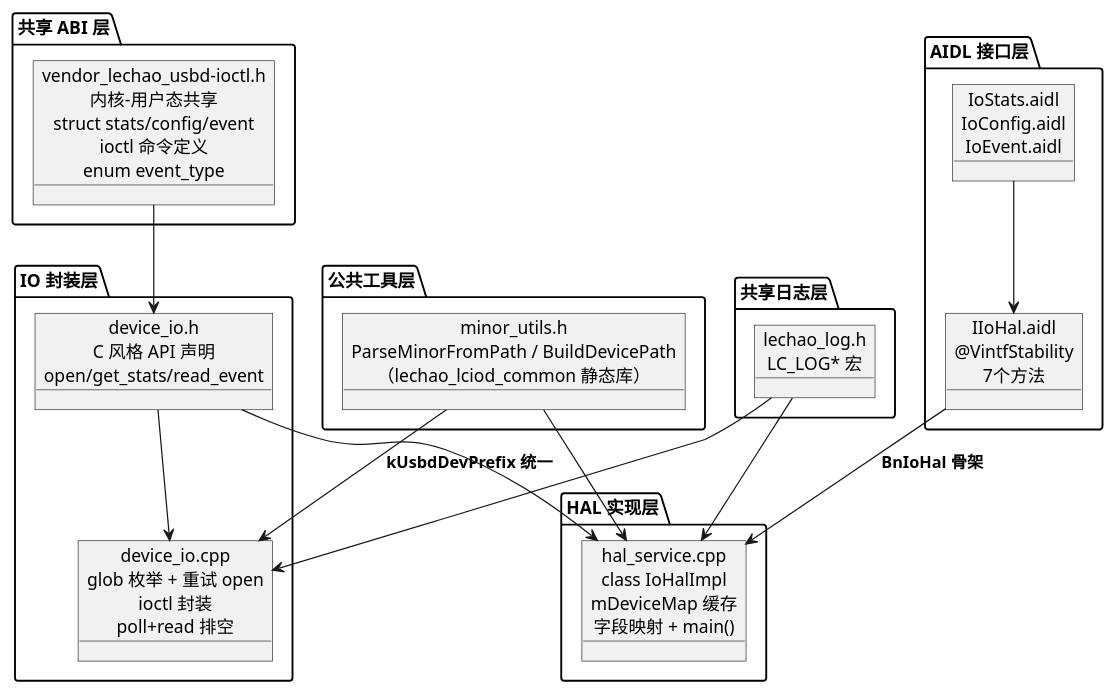
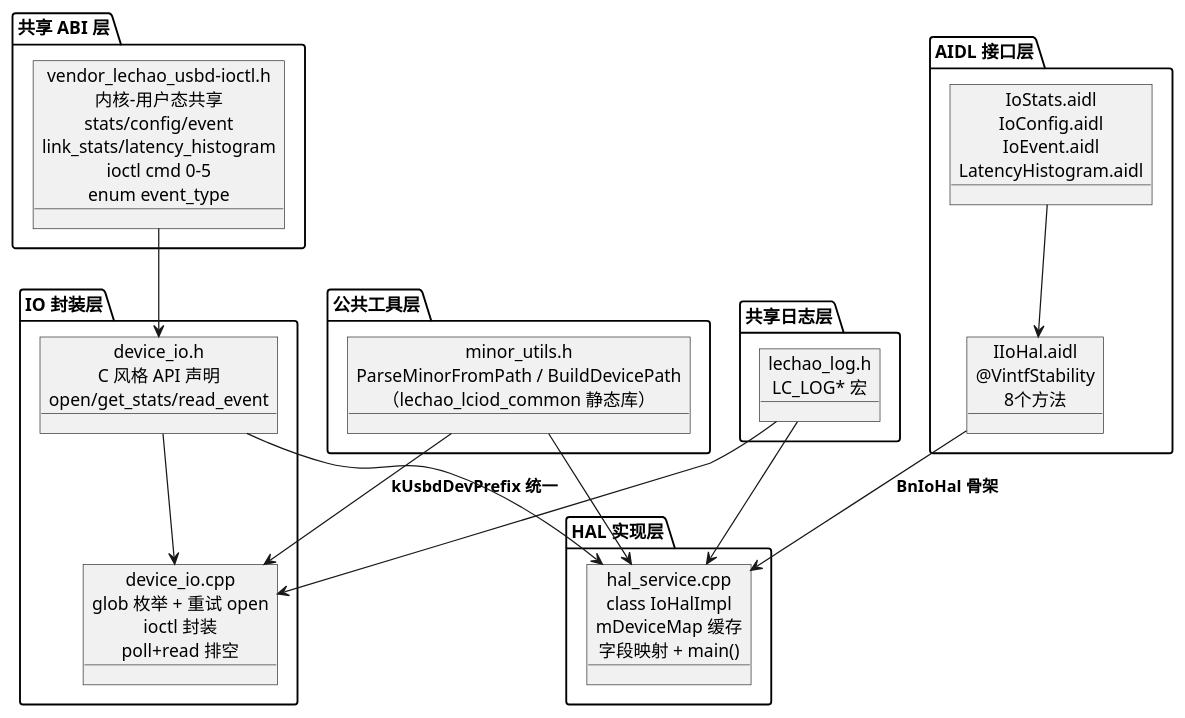
Before and after one commit to lechao365/AndroidSystemEnhance: the tenth of 13 diagrams in docs/02-IO增强/02.02-HAL增强-lciod-hal.md, drawn with PlantUML. The commit also changed other lines of this file and 212 other files, not shown here.

First line of the commit message:
构建(baseline): 发布 BL-20261013-01——LcIod SD 健康/长尾直方图与块采集迁入、LcView 事件扩展、usb-verify JSON 期望

````diff
--- a/docs/02-IO增强/02.02-HAL增强-lciod-hal.md
+++ b/docs/02-IO增强/02.02-HAL增强-lciod-hal.md
@@ -470,39 +487,39 @@
 ```plantuml
 @startuml
 package "AIDL 接口层" as aidl {
-    object "IIoHal.aidl\n@VintfStability\n7个方法" as AIDL
-    object "IoStats.aidl\nIoConfig.aidl\nIoEvent.aidl" as PARCEL
+    object "IIoHal.aidl\n@VintfStability\n8个方法" as AIDL
+    object "IoStats.aidl\nIoConfig.aidl\nIoEvent.aidl\nLatencyHistogram.aidl" as PARCEL
 }
 
 package "共享 ABI 层" as abi {
-    object "vendor_lechao_usbd-ioctl.h\n内核-用户态共享\nstruct stats/config/event\nioctl 命令定义\nenum event_type" as IOCTL
+    object "vendor_lechao_usbd-ioctl.h\n内核-用户态共享\nstats/config/event\nlink_stats/latency_histogram\nioctl cmd 0-5\nenum event_type" as IOCTL
 }
 
 package "公共工具层" as common {
     object "minor_utils.h\nParseMinorFromPath / BuildDevicePath\n（lechao_lciod_common 静态库）" as MINOR
 }
 
 package "IO 封装层" as io {
     object "device_io.h\nC 风格 API 声明\nopen/get_stats/read_event" as HDR
     object "device_io.cpp\nglob 枚举 + 重试 open\nioctl 封装\npoll+read 排空" as IMPL
 }
 
 package "HAL 实现层" as hal {
     object "hal_service.cpp\nclass IoHalImpl\nmDeviceMap 缓存\n字段映射 + main()" as SVC
 }
 
 package "共享日志层" as log {
     object "lechao_log.h\nLC_LOG* 宏" as LCLOG
 }
 
 AIDL --> SVC : **BnIoHal 骨架**
 PARCEL --> AIDL
 IOCTL --> HDR
 MINOR --> SVC
 MINOR --> IMPL : **kUsbdDevPrefix 统一**
 HDR --> IMPL
 HDR --> SVC
 LCLOG --> IMPL
 LCLOG --> SVC
 @enduml
 ```
````
